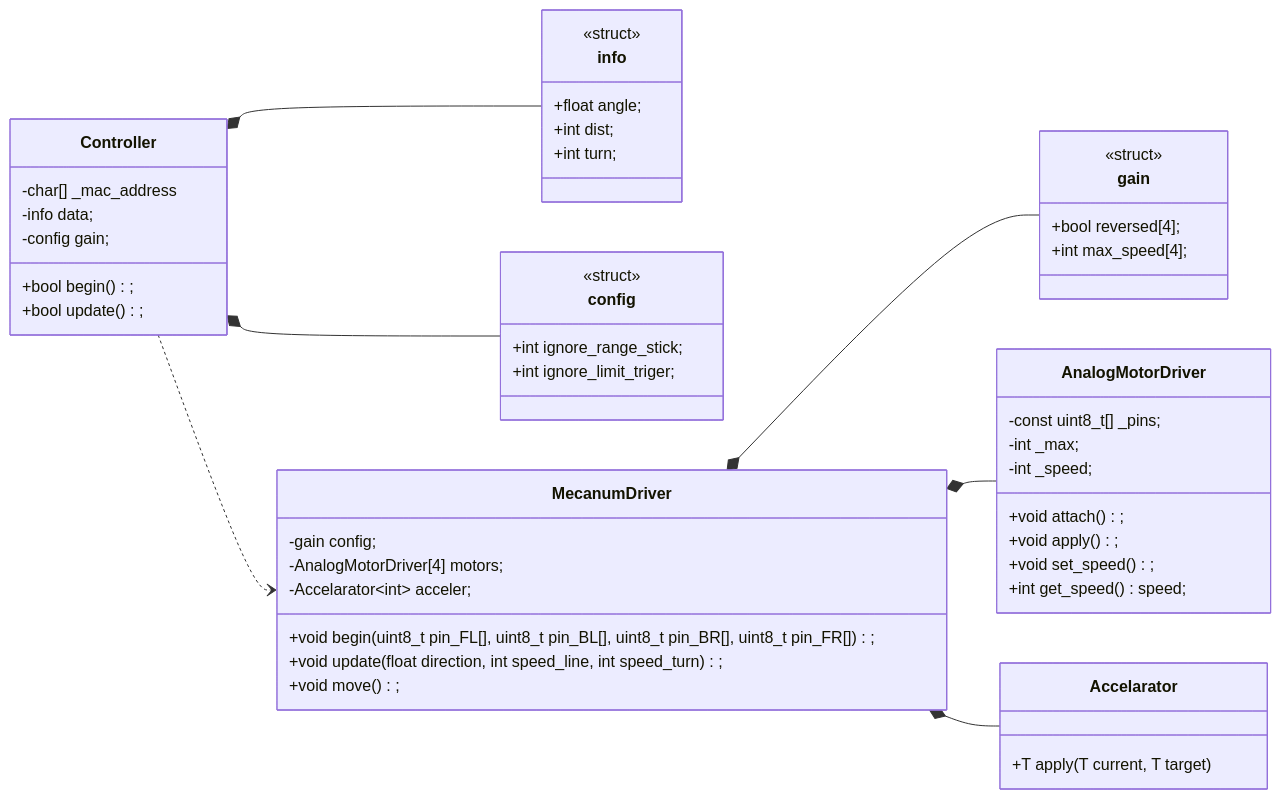
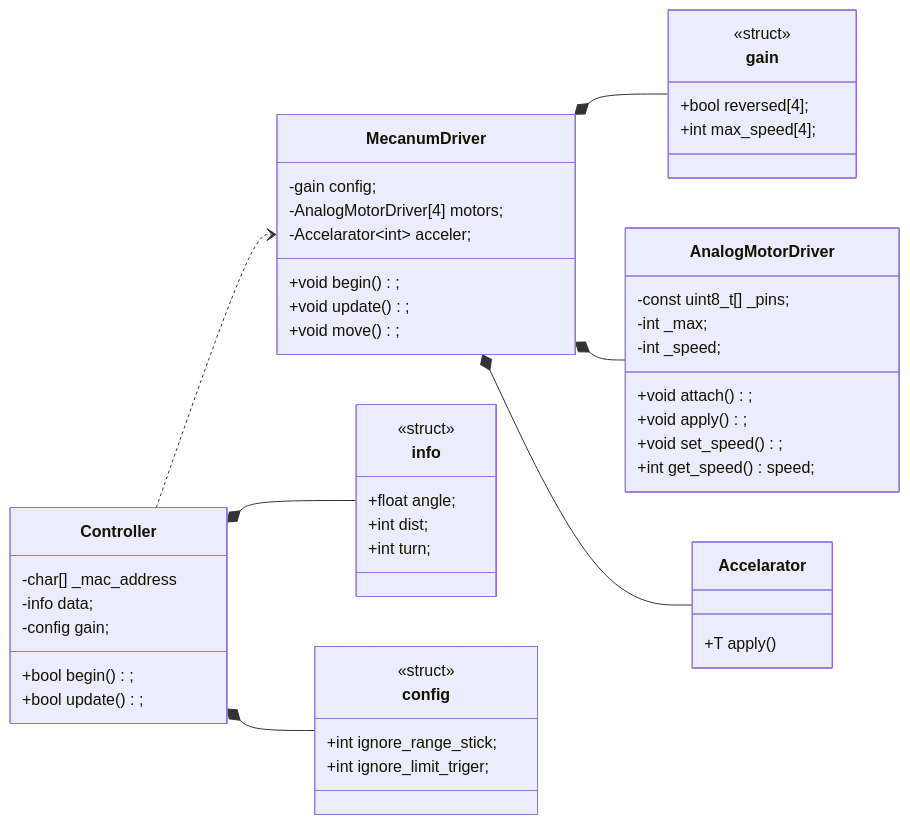
One commit to Tomoooji/Planaria_renewal changed the second of 2 diagrams in README.md. Above: the diagram before and after it, drawn with Mermaid.

````diff
--- a/README.md
+++ b/README.md
@@ -29,55 +29,55 @@
 ```mermaid
 classDiagram
     direction LR
+    Controller ..> MecanumDriver
     Controller *-- info
     Controller *-- config
-    Controller ..> MecanumDriver
     MecanumDriver *-- gain
     MecanumDriver *-- AnalogMotorDriver
     MecanumDriver *-- Accelarator
 
     class Controller{
         -char[] _mac_address
         -info data;
         -config gain;
         +bool begin();
         +bool update();
     }
     class info{
         <<struct>>
         +float angle;
         +int dist;
         +int turn;
     }
     class config{
         <<struct>>
         +int ignore_range_stick;
         +int ignore_limit_triger;
     }
     class MecanumDriver{
         -gain config;
         -AnalogMotorDriver[4] motors;
         -Accelarator~int~ acceler;
-        +void begin(uint8_t pin_FL[], uint8_t pin_BL[], uint8_t pin_BR[], uint8_t pin_FR[]);
-        +void update(float direction, int speed_line, int speed_turn);
+        +void begin();
+        +void update();
         +void move();
     }
     class gain{
         <<struct>>
         +bool reversed[4];
         +int max_speed[4];
     }
     class AnalogMotorDriver{
         -const uint8_t[] _pins;
         -int _max;
         -int _speed;
         +void attach();
         +void apply();
         +void set_speed();
         +int get_speed() speed;
     }
     class Accelarator~T~{
-        +T apply(T current, T target)
+        +T apply()
     }
 
 ```
````
